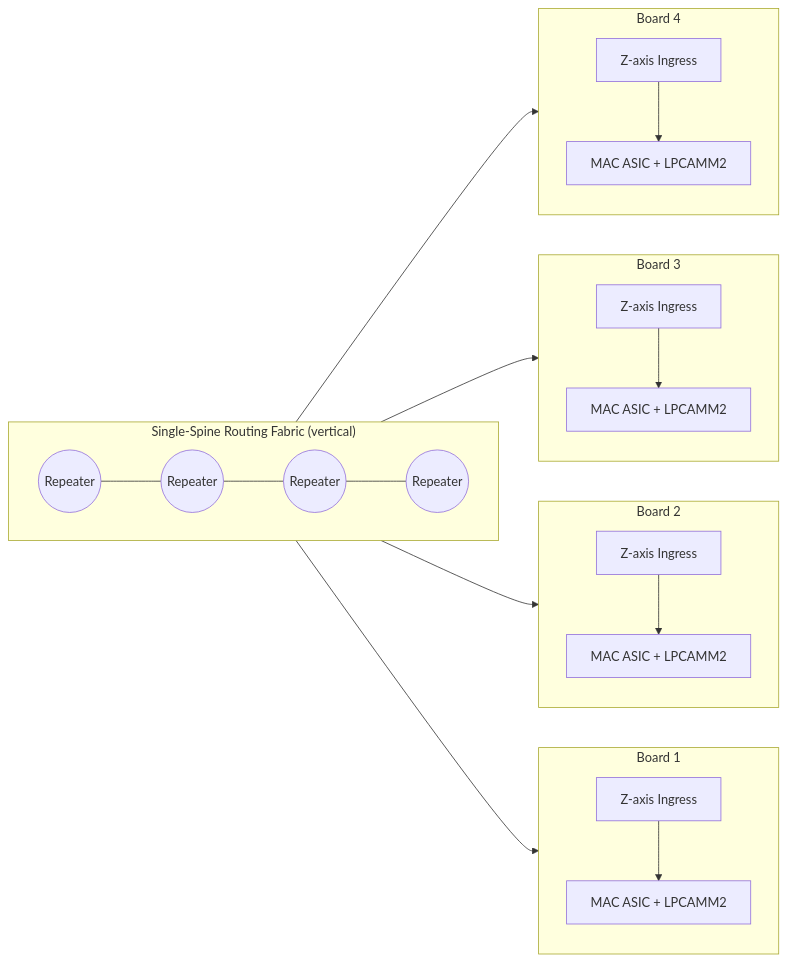
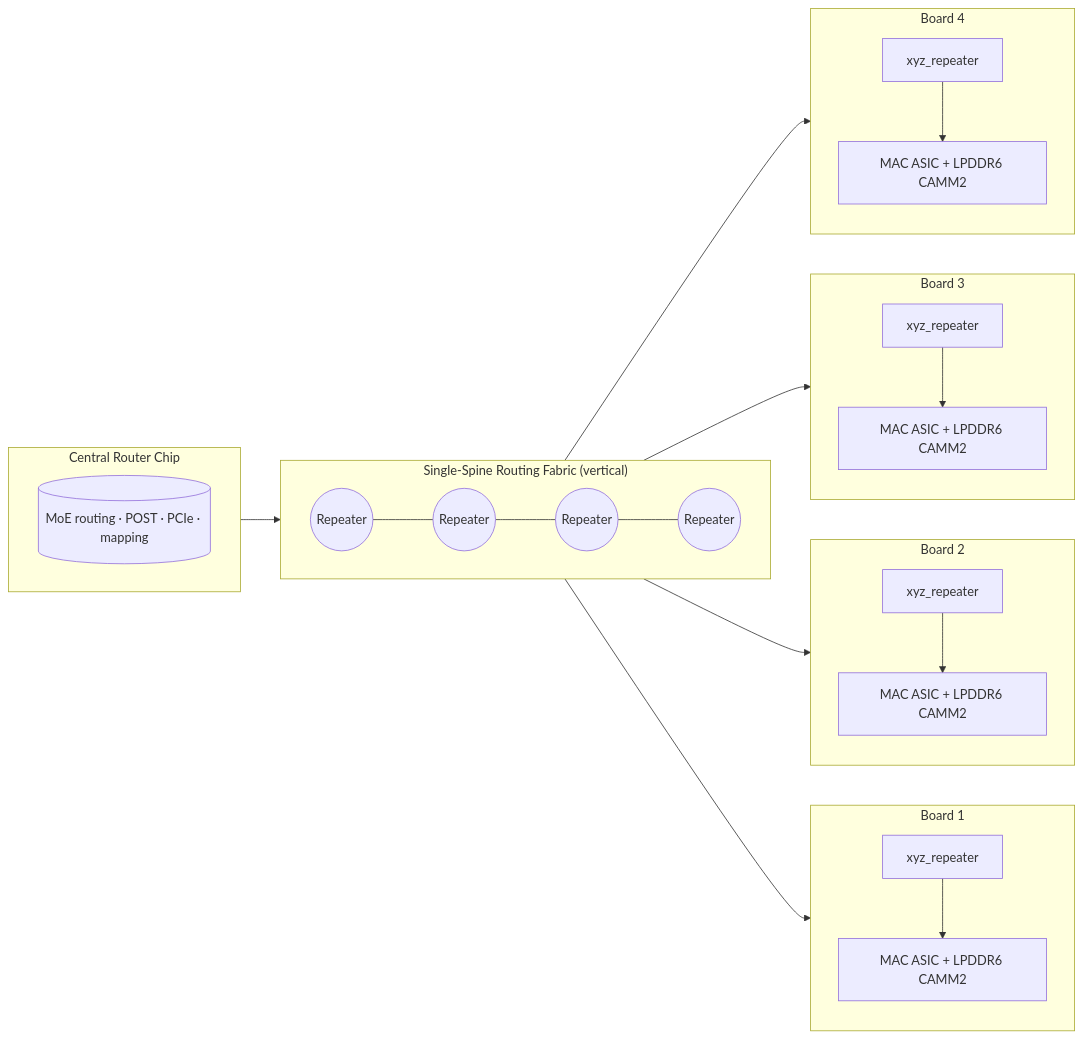
The first of 4 diagrams in README.md (im-BowenGu/PNM-Arch), drawn with Mermaid before and after one commit. The commit also changed other lines of this file and 15 other files, not shown here.

First line of the commit message:
192-bit LPDDR6 CAMM2, CRC16+doorbell DMA, DEST-in-CRC wire format

````diff
--- a/README.md
+++ b/README.md
@@ -41,33 +47,39 @@
 ```mermaid
 flowchart LR
+    subgraph chip["Central Router Chip"]
+        direction LR
+        cr[("MoE routing · POST · PCIe · mapping")]
+    end
+
     subgraph spine["Single-Spine Routing Fabric (vertical)"]
         direction LR
         r1((Repeater))
         r2((Repeater))
         r3((Repeater))
         r4((Repeater))
         r1 --- r2 --- r3 --- r4
     end
 
     subgraph b1["Board 1"]
         direction TB
-        g1[Z-axis Ingress] --> n1["MAC ASIC + LPCAMM2"]
+        x1[xyz_repeater] --> n1["MAC ASIC + LPDDR6 CAMM2"]
     end
     subgraph b2["Board 2"]
         direction TB
-        g2[Z-axis Ingress] --> n2["MAC ASIC + LPCAMM2"]
+        x2[xyz_repeater] --> n2["MAC ASIC + LPDDR6 CAMM2"]
     end
     subgraph b3["Board 3"]
         direction TB
-        g3[Z-axis Ingress] --> n3["MAC ASIC + LPCAMM2"]
+        x3[xyz_repeater] --> n3["MAC ASIC + LPDDR6 CAMM2"]
     end
     subgraph b4["Board 4"]
         direction TB
-        g4[Z-axis Ingress] --> n4["MAC ASIC + LPCAMM2"]
+        x4[xyz_repeater] --> n4["MAC ASIC + LPDDR6 CAMM2"]
     end
 
-    r1 --> g1
-    r2 --> g2
-    r3 --> g3
-    r4 --> g4
+    cr --> r1
+    r1 --> x1
+    r2 --> x2
+    r3 --> x3
+    r4 --> x4
 ```
````
